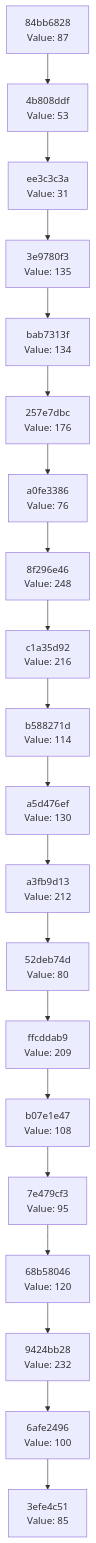
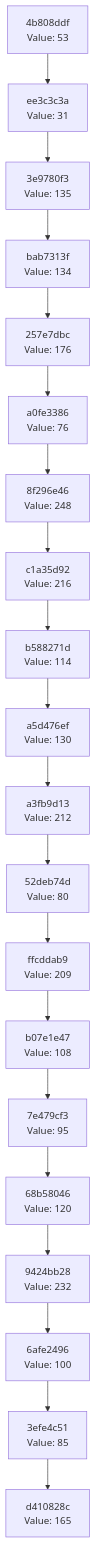
Before and after one commit to Abhisheksinha1506/hash-chain-evolver: the diagram in docs/CHAIN_VISUALIZATION.md, drawn with Mermaid. The commit also changed 1 other file, not shown here.

Commit message:
Evolution step: hash 0xA5 → action executed

````diff
--- a/docs/CHAIN_VISUALIZATION.md
+++ b/docs/CHAIN_VISUALIZATION.md
@@ -3,42 +3,42 @@
 ```mermaid
 graph TD
-    C0["3efe4c51<br/>Value: 85"]
-    C1["6afe2496<br/>Value: 100"]
+    C0["d410828c<br/>Value: 165"]
+    C1["3efe4c51<br/>Value: 85"]
     C1 --> C0
-    C2["9424bb28<br/>Value: 232"]
+    C2["6afe2496<br/>Value: 100"]
     C2 --> C1
-    C3["68b58046<br/>Value: 120"]
+    C3["9424bb28<br/>Value: 232"]
     C3 --> C2
-    C4["7e479cf3<br/>Value: 95"]
+    C4["68b58046<br/>Value: 120"]
     C4 --> C3
-    C5["b07e1e47<br/>Value: 108"]
+    C5["7e479cf3<br/>Value: 95"]
     C5 --> C4
-    C6["ffcddab9<br/>Value: 209"]
+    C6["b07e1e47<br/>Value: 108"]
     C6 --> C5
-    C7["52deb74d<br/>Value: 80"]
+    C7["ffcddab9<br/>Value: 209"]
     C7 --> C6
-    C8["a3fb9d13<br/>Value: 212"]
+    C8["52deb74d<br/>Value: 80"]
     C8 --> C7
-    C9["a5d476ef<br/>Value: 130"]
+    C9["a3fb9d13<br/>Value: 212"]
     C9 --> C8
-    C10["b588271d<br/>Value: 114"]
+    C10["a5d476ef<br/>Value: 130"]
     C10 --> C9
-    C11["c1a35d92<br/>Value: 216"]
+    C11["b588271d<br/>Value: 114"]
     C11 --> C10
-    C12["8f296e46<br/>Value: 248"]
+    C12["c1a35d92<br/>Value: 216"]
     C12 --> C11
-    C13["a0fe3386<br/>Value: 76"]
+    C13["8f296e46<br/>Value: 248"]
     C13 --> C12
-    C14["257e7dbc<br/>Value: 176"]
+    C14["a0fe3386<br/>Value: 76"]
     C14 --> C13
-    C15["bab7313f<br/>Value: 134"]
+    C15["257e7dbc<br/>Value: 176"]
     C15 --> C14
-    C16["3e9780f3<br/>Value: 135"]
+    C16["bab7313f<br/>Value: 134"]
     C16 --> C15
-    C17["ee3c3c3a<br/>Value: 31"]
+    C17["3e9780f3<br/>Value: 135"]
     C17 --> C16
-    C18["4b808ddf<br/>Value: 53"]
+    C18["ee3c3c3a<br/>Value: 31"]
     C18 --> C17
-    C19["84bb6828<br/>Value: 87"]
+    C19["4b808ddf<br/>Value: 53"]
     C19 --> C18
 ```
````
